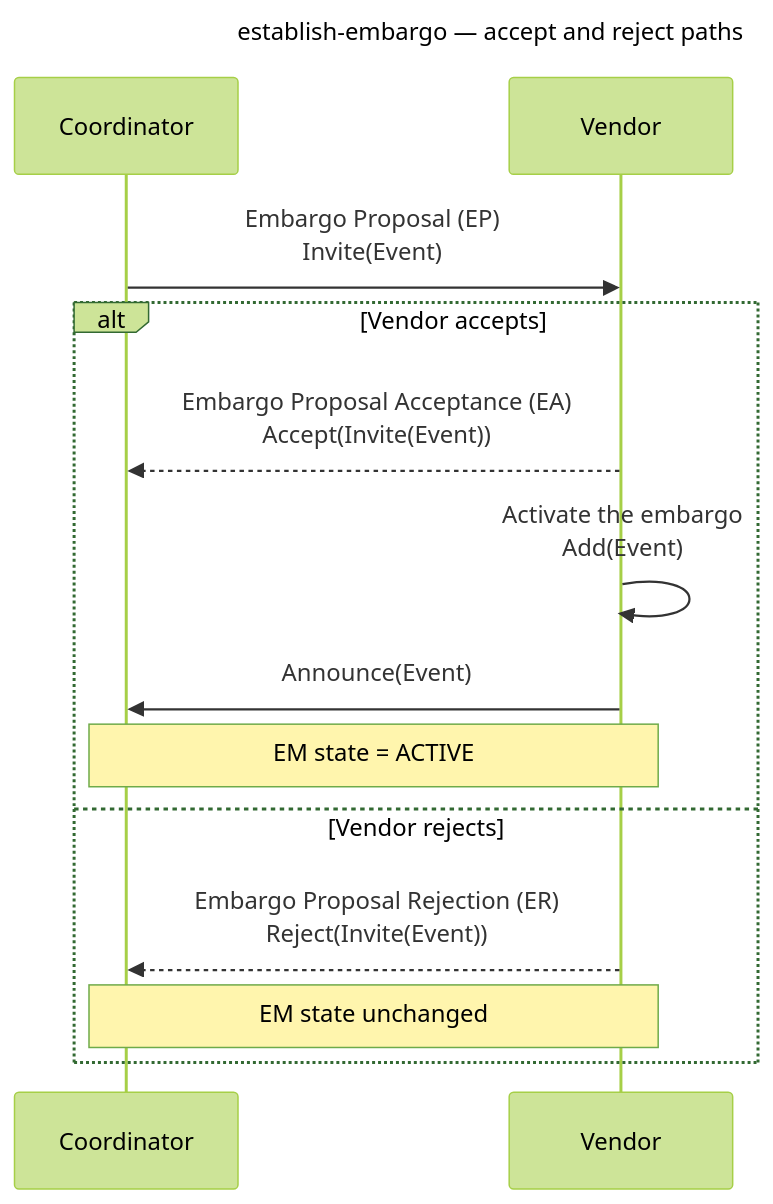
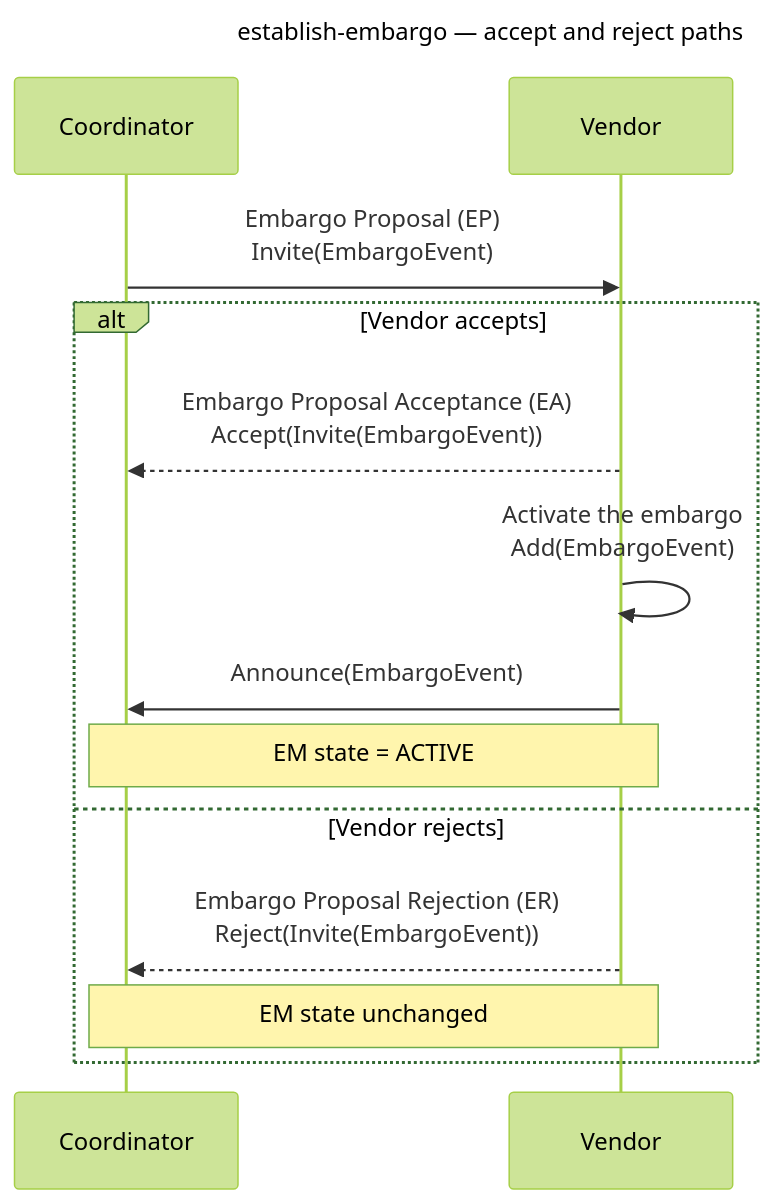
One commit to CERTCC/Vultron changed the fifth of 9 diagrams in docs/tutorials/other_demos.md. Above: the diagram before and after it, drawn with Mermaid (forest theme). The commit also changed other lines of this file and 54 other files, not shown here.

First line of the commit message:
docs: write the embargo type the sender emits, EmbargoEvent

````diff
--- a/docs/tutorials/other_demos.md
+++ b/docs/tutorials/other_demos.md
@@ -237,19 +237,19 @@
 ```mermaid
 ---
 title: establish-embargo — accept and reject paths
 ---
 sequenceDiagram
     participant C as Coordinator
     participant V as Vendor
 
-    C->>V: Embargo Proposal (EP)<br/>Invite(Event)
+    C->>V: Embargo Proposal (EP)<br/>Invite(EmbargoEvent)
     alt Vendor accepts
-        V-->>C: Embargo Proposal Acceptance (EA)<br/>Accept(Invite(Event))
-        V->>V: Activate the embargo<br/>Add(Event)
-        V->>C: Announce(Event)
+        V-->>C: Embargo Proposal Acceptance (EA)<br/>Accept(Invite(EmbargoEvent))
+        V->>V: Activate the embargo<br/>Add(EmbargoEvent)
+        V->>C: Announce(EmbargoEvent)
         Note over C,V: EM state = ACTIVE
     else Vendor rejects
-        V-->>C: Embargo Proposal Rejection (ER)<br/>Reject(Invite(Event))
+        V-->>C: Embargo Proposal Rejection (ER)<br/>Reject(Invite(EmbargoEvent))
         Note over C,V: EM state unchanged
     end
 ```
````
